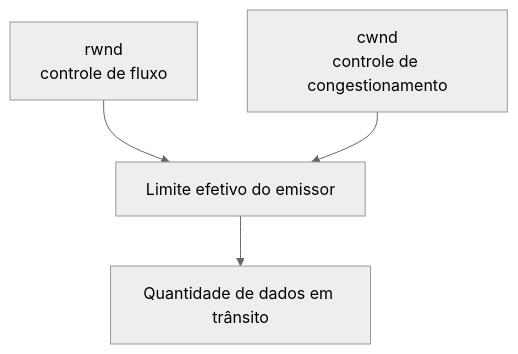
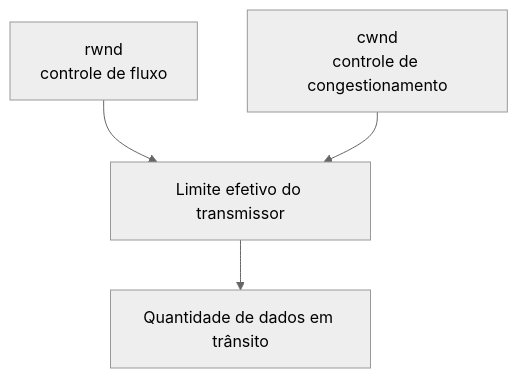
One commit to jurandysoares/janelas-deslizantes changed the diagram in docs/12-relacao-com-controle-de-congestionamento.md. Above: the diagram before and after it, drawn with Mermaid (neutral theme). The commit also changed other lines of this file and 16 other files, not shown here.

````diff
--- a/docs/12-relacao-com-controle-de-congestionamento.md
+++ b/docs/12-relacao-com-controle-de-congestionamento.md
@@ -7,10 +7,10 @@
 ```mermaid
 flowchart TB
     A["Quantidade de dados em trânsito"]
     B["rwnd<br/>controle de fluxo"]
     C["cwnd<br/>controle de congestionamento"]
-    D["Limite efetivo do emissor"]
+    D["Limite efetivo do transmissor"]
     B --> D
     C --> D
     D --> A
 ```
````
